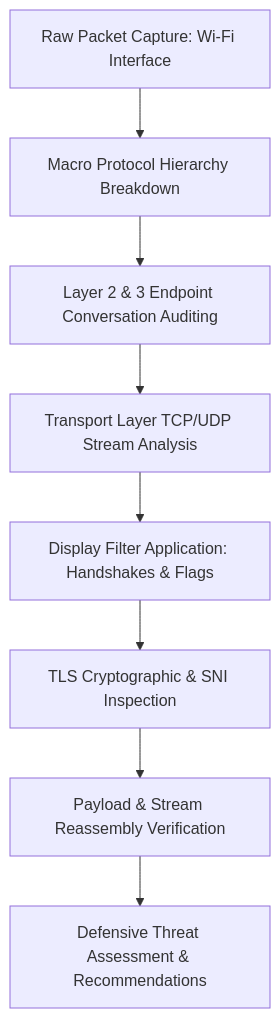
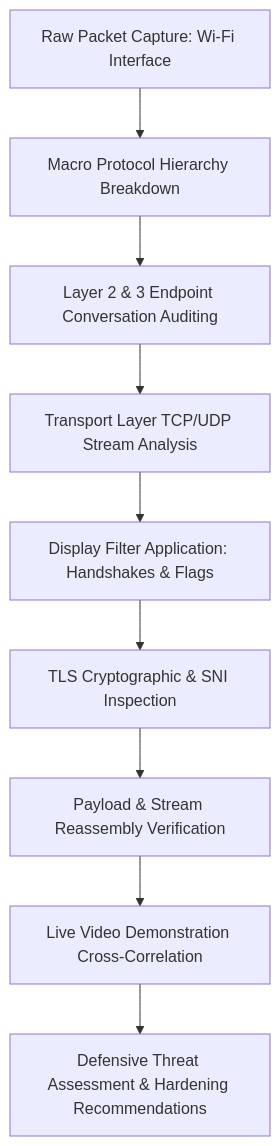
Before and after one commit to ziyakausar07/SWYNEX-Network-Security-Analysis: the first of 2 diagrams in report/Network_Security_Analysis_Report.md, drawn with Mermaid. The commit also changed other lines of this file and 18 other files, not shown here.

````diff
--- a/report/Network_Security_Analysis_Report.md
+++ b/report/Network_Security_Analysis_Report.md
@@ -70,10 +75,11 @@
 ```mermaid
 graph TD
     A[Raw Packet Capture: Wi-Fi Interface] --> B[Macro Protocol Hierarchy Breakdown]
     B --> C[Layer 2 & 3 Endpoint Conversation Auditing]
     C --> D[Transport Layer TCP/UDP Stream Analysis]
     D --> E[Display Filter Application: Handshakes & Flags]
     E --> F[TLS Cryptographic & SNI Inspection]
     F --> G[Payload & Stream Reassembly Verification]
-    G --> H[Defensive Threat Assessment & Recommendations]
+    G --> H[Live Video Demonstration Cross-Correlation]
+    H --> I[Defensive Threat Assessment & Hardening Recommendations]
 ```
````
